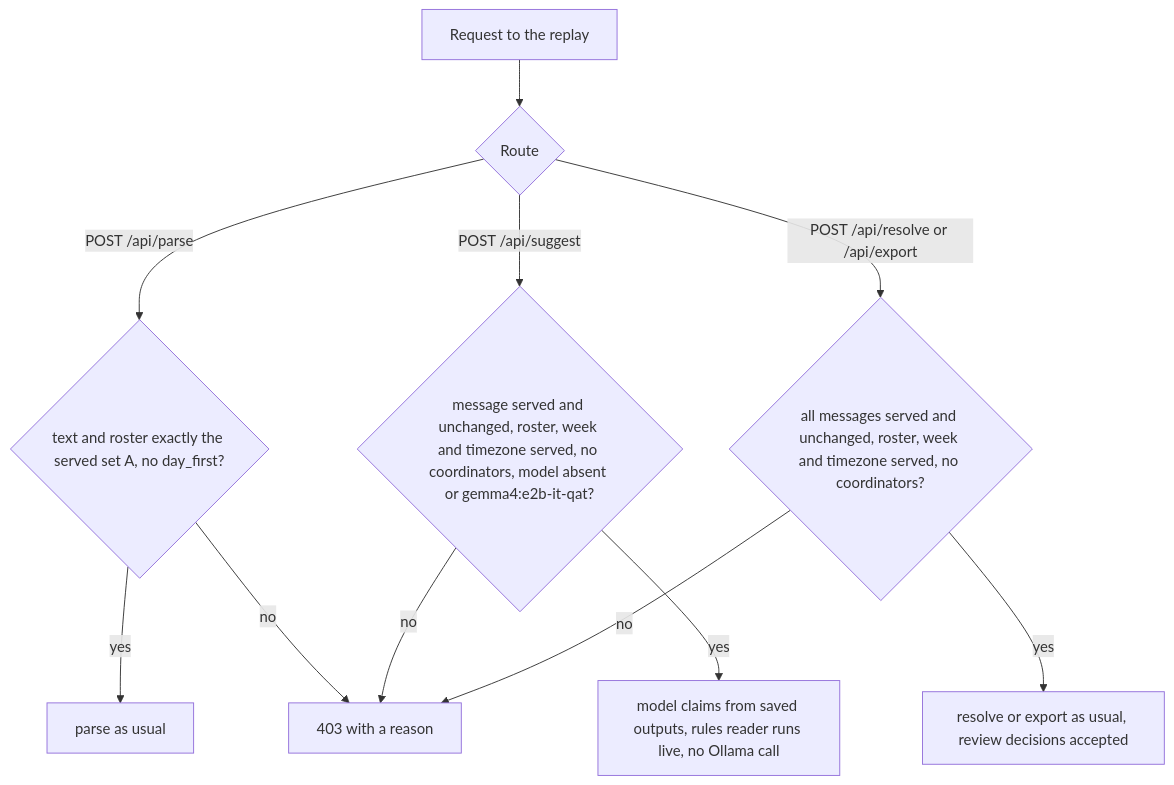
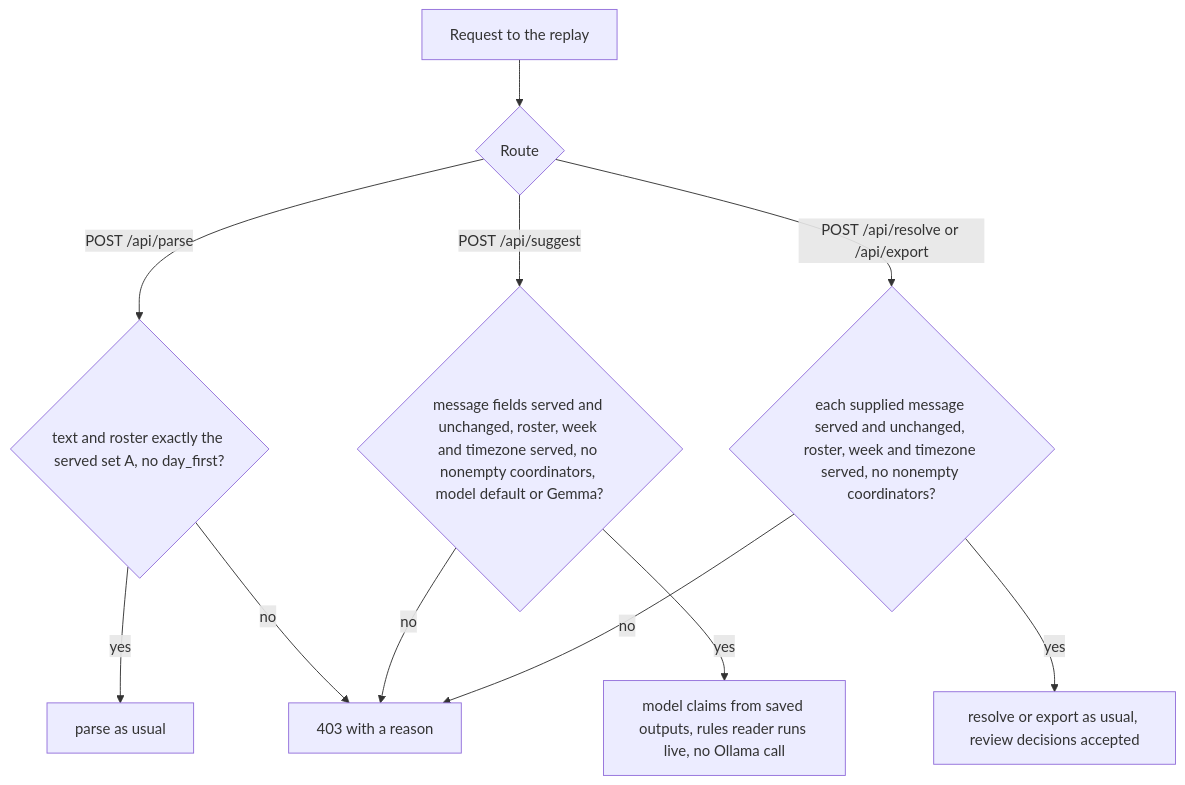
The second of 2 diagrams in docs/API.md (bipul724/availability-ledger), drawn with Mermaid before and after one commit. The commit also changed other lines of this file and 3 other files, not shown here.

Commit message:
docs: align API, architecture, diagram map and export spec with the source

````diff
--- a/docs/API.md
+++ b/docs/API.md
@@ -87,13 +90,13 @@
 ```mermaid
 flowchart TD
     R[Request to the replay] --> P{Route}
     P -->|POST /api/parse| A{text and roster exactly the served set A, no day_first?}
-    P -->|POST /api/suggest| B{message served and unchanged, roster, week and timezone served, no coordinators, model absent or gemma4:e2b-it-qat?}
-    P -->|POST /api/resolve or /api/export| C{all messages served and unchanged, roster, week and timezone served, no coordinators?}
+    P -->|POST /api/suggest| B{message fields served and unchanged, roster, week and timezone served, no nonempty coordinators, model default or Gemma?}
+    P -->|POST /api/resolve or /api/export| C{each supplied message served and unchanged, roster, week and timezone served, no nonempty coordinators?}
     A -->|yes| OK1[parse as usual]
     B -->|yes| OK2[model claims from saved outputs, rules reader runs live, no Ollama call]
     C -->|yes| OK3[resolve or export as usual, review decisions accepted]
     A -->|no| F[403 with a reason]
     B -->|no| F
     C -->|no| F
 ```
````
